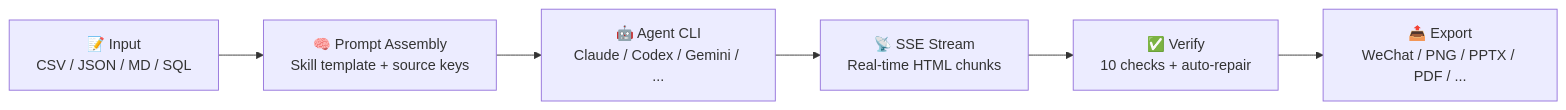
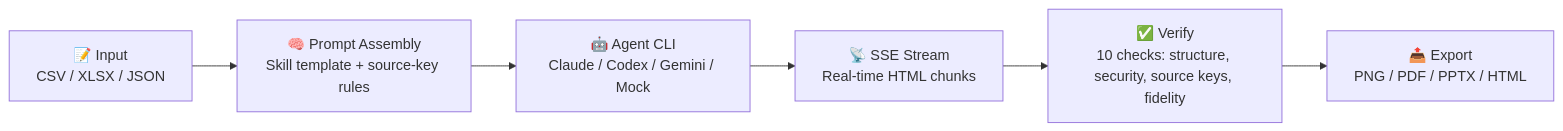
Before and after one commit to kenny2077/TraceCanvas: the diagram in README.md, drawn with Mermaid. The commit also changed other lines of this file and 19 other files, not shown here.

First line of the commit message:
feat(1.0): wire full trust pipeline, mock agent, verification receipt hero

````diff
--- a/README.md
+++ b/README.md
@@ -96,8 +65,8 @@
 ```mermaid
 flowchart LR
-    A[📝 Input<br/>CSV / JSON / MD / SQL] --> B[🧠 Prompt Assembly<br/>Skill template + source keys]
-    B --> C[🤖 Agent CLI<br/>Claude / Codex / Gemini / ...]
+    A[📝 Input<br/>CSV / XLSX / JSON] --> B[🧠 Prompt Assembly<br/>Skill template + source-key rules]
+    B --> C[🤖 Agent CLI<br/>Claude / Codex / Gemini / Mock]
     C --> D[📡 SSE Stream<br/>Real-time HTML chunks]
-    D --> E[✅ Verify<br/>10 checks + auto-repair]
-    E --> F[📤 Export<br/>WeChat / PNG / PPTX / PDF / ...]
+    D --> E[✅ Verify<br/>10 checks: structure, security, source keys, fidelity]
+    E --> F[📤 Export<br/>PNG / PDF / PPTX / HTML]
 ```
````
